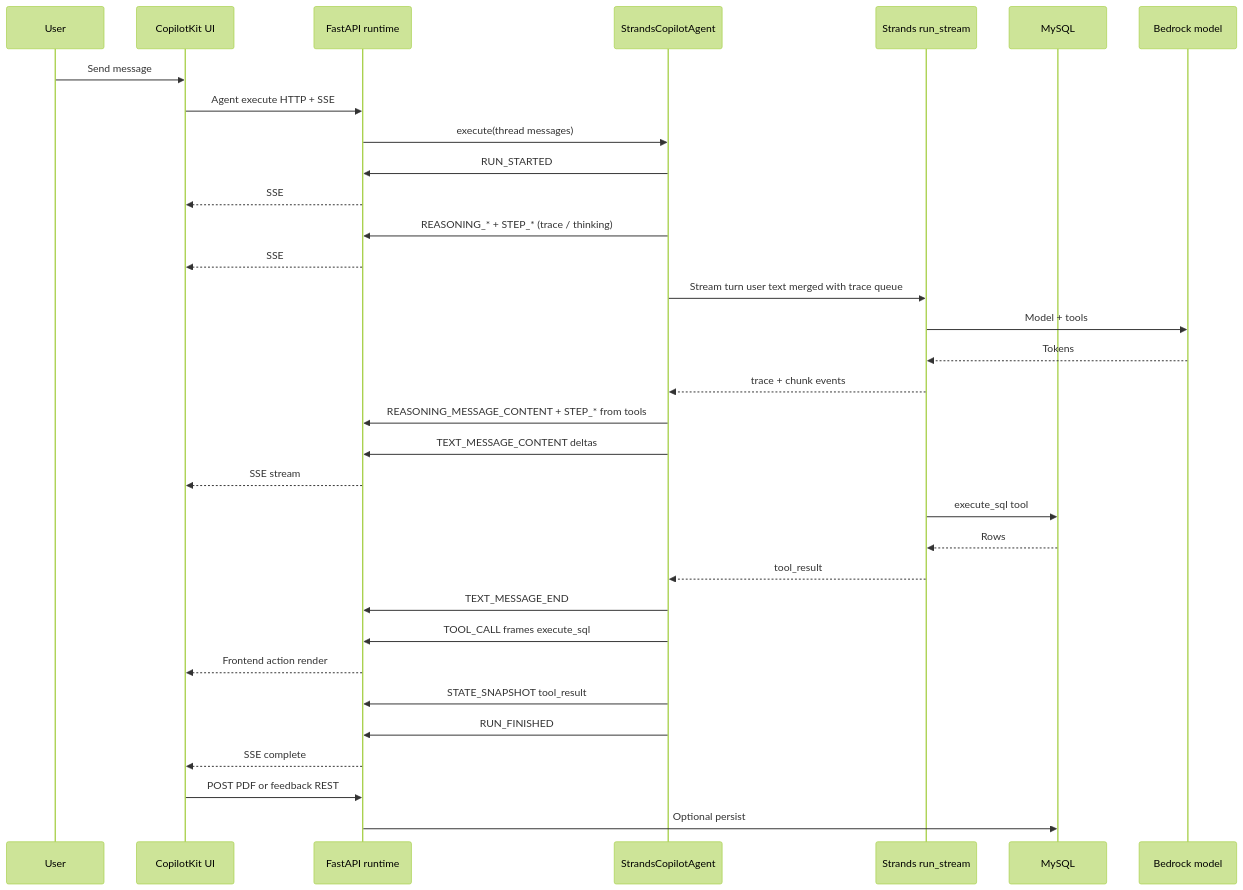
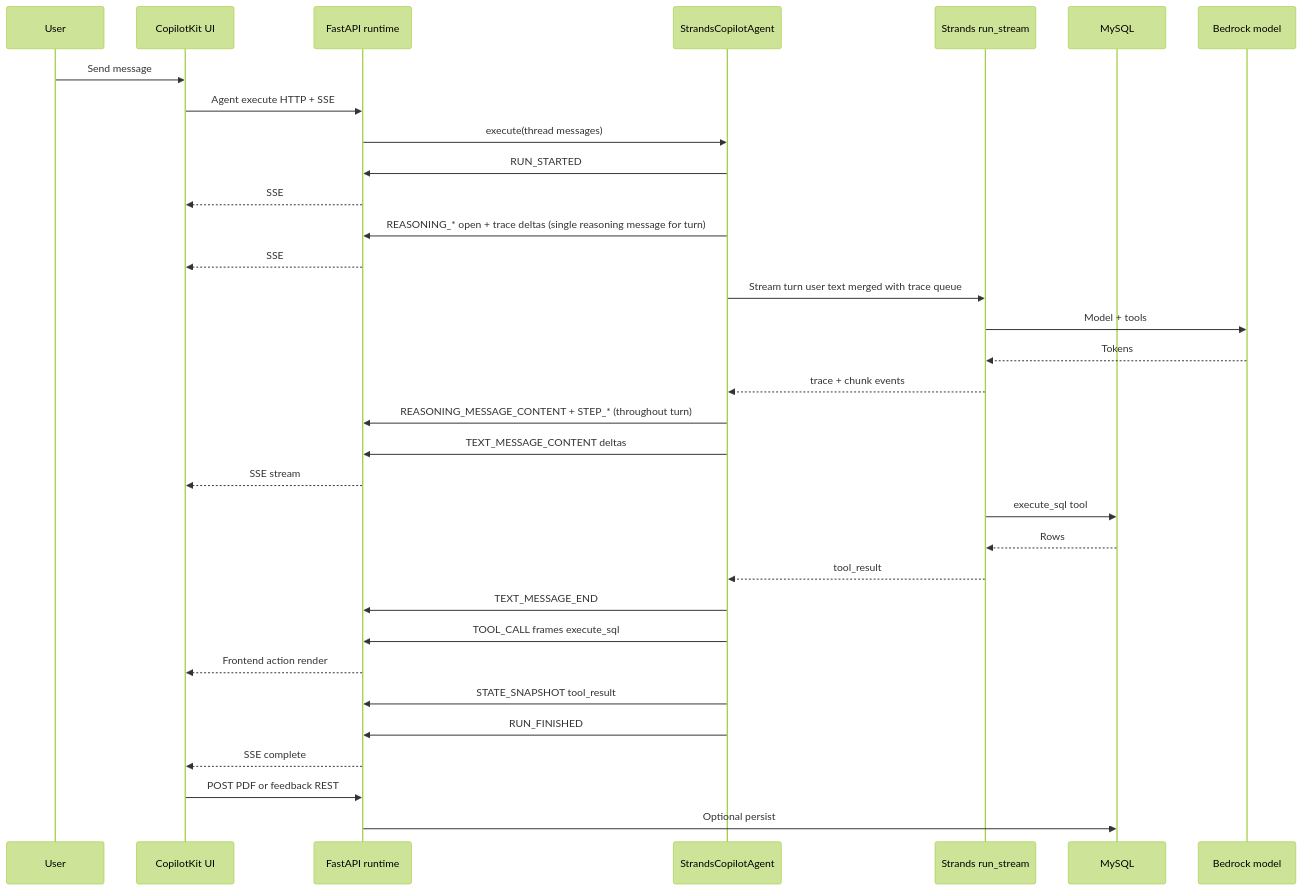
Before and after one commit to JordanRino/Smart-Report-Analyst: the diagram in docs/strands-copilot-agui-workflow.md, drawn with Mermaid (forest theme). The commit also changed other lines of this file and 7 other files, not shown here.

First line of the commit message:
refactor(agui): single reasoning trace for full turn; remove activity card

````diff
--- a/docs/strands-copilot-agui-workflow.md
+++ b/docs/strands-copilot-agui-workflow.md
@@ -10,43 +10,43 @@
 ```mermaid
 sequenceDiagram
   participant U as User
   participant UI as CopilotKit UI
   participant API as FastAPI runtime
   participant A as StrandsCopilotAgent
   participant S as Strands run_stream
   participant DB as MySQL
   participant M as Bedrock model
 
   U->>UI: Send message
   UI->>API: Agent execute HTTP + SSE
   API->>A: execute(thread messages)
 
   A->>API: RUN_STARTED
   API-->>UI: SSE
 
-  A->>API: REASONING_* + STEP_* (trace / thinking)
+  A->>API: REASONING_* open + trace deltas (single reasoning message for turn)
   API-->>UI: SSE
 
   A->>S: Stream turn user text merged with trace queue
   S->>M: Model + tools
   M-->>S: Tokens
   S-->>A: trace + chunk events
-  A->>API: REASONING_MESSAGE_CONTENT + STEP_* from tools
+  A->>API: REASONING_MESSAGE_CONTENT + STEP_* (throughout turn)
   A->>API: TEXT_MESSAGE_CONTENT deltas
   API-->>UI: SSE stream
 
   S->>DB: execute_sql tool
   DB-->>S: Rows
   S-->>A: tool_result
 
   A->>API: TEXT_MESSAGE_END
   A->>API: TOOL_CALL frames execute_sql
   API-->>UI: Frontend action render
 
   A->>API: STATE_SNAPSHOT tool_result
   A->>API: RUN_FINISHED
   API-->>UI: SSE complete
 
   UI->>API: POST PDF or feedback REST
   API->>DB: Optional persist
 ```
````
